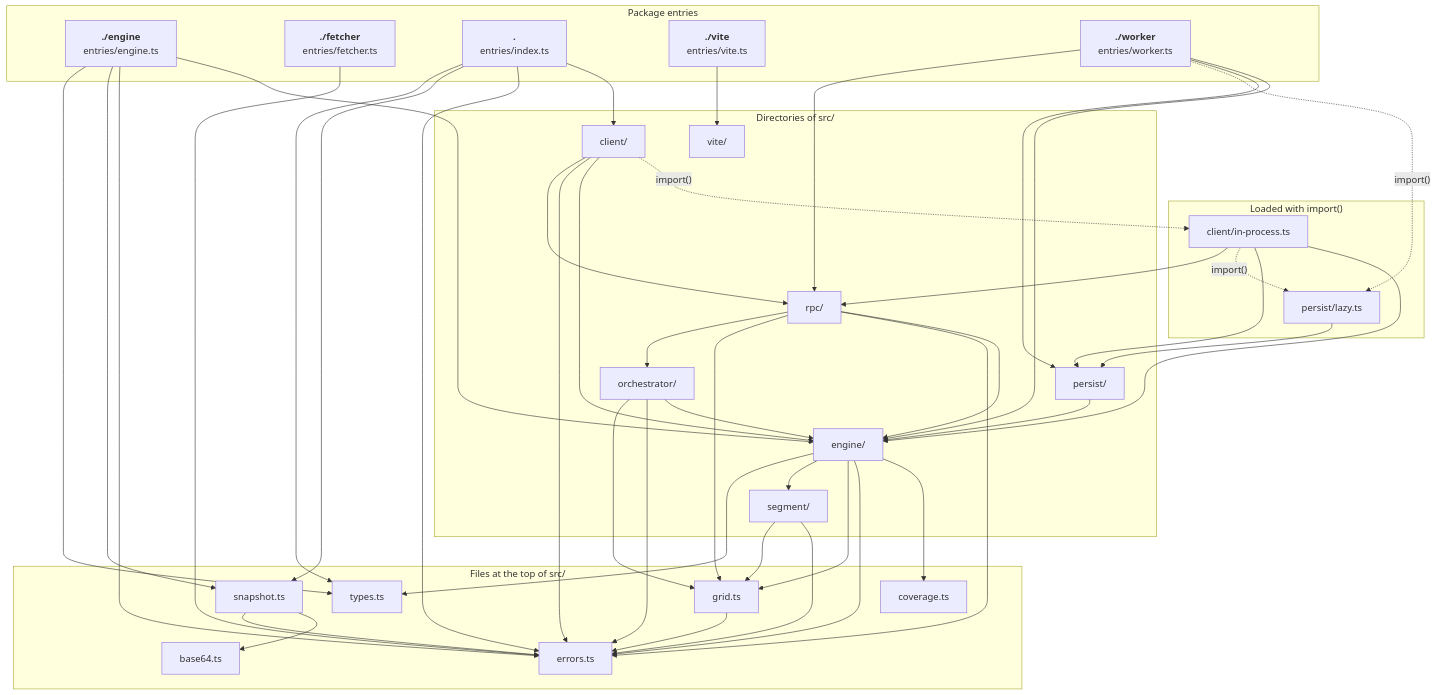
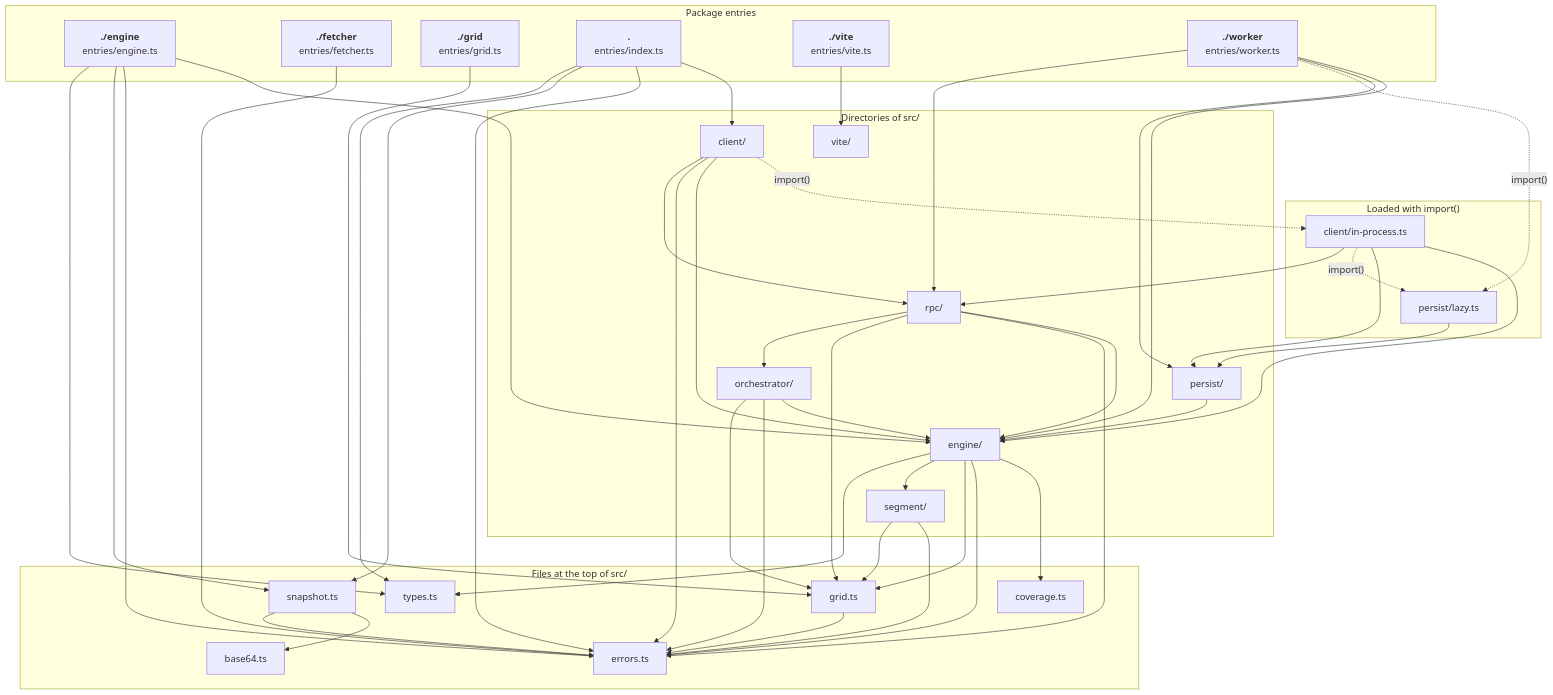
Before and after one commit to anishbenji/tscache: the diagram in site/how-it-works/package-map.md, drawn with Mermaid. The commit also changed other lines of this file and 42 other files, not shown here.

````diff
--- a/site/how-it-works/package-map.md
+++ b/site/how-it-works/package-map.md
@@ -37,72 +37,74 @@
 ```mermaid
 flowchart TB
   subgraph g_entry["Package entries"]
     n_entries_engine_ts["<b>./engine</b><br/>entries/engine.ts"]
     n_entries_fetcher_ts["<b>./fetcher</b><br/>entries/fetcher.ts"]
+    n_entries_grid_ts["<b>./grid</b><br/>entries/grid.ts"]
     n_entries_index_ts["<b>.</b><br/>entries/index.ts"]
     n_entries_vite_ts["<b>./vite</b><br/>entries/vite.ts"]
     n_entries_worker_ts["<b>./worker</b><br/>entries/worker.ts"]
   end
   subgraph g_chunk["Loaded with import()"]
     n_client_in_process_ts["client/in-process.ts"]
     n_persist_lazy_ts["persist/lazy.ts"]
   end
   subgraph g_dir["Directories of src/"]
     n_client_["client/"]
     n_engine_["engine/"]
     n_orchestrator_["orchestrator/"]
     n_persist_["persist/"]
     n_rpc_["rpc/"]
     n_segment_["segment/"]
     n_vite_["vite/"]
   end
   subgraph g_file["Files at the top of src/"]
     n_base64_ts["base64.ts"]
     n_coverage_ts["coverage.ts"]
     n_errors_ts["errors.ts"]
     n_grid_ts["grid.ts"]
     n_snapshot_ts["snapshot.ts"]
     n_types_ts["types.ts"]
   end
   n_client_ -. import() .-> n_client_in_process_ts
   n_client_ --> n_engine_
   n_client_ --> n_errors_ts
   n_client_ --> n_rpc_
   n_client_in_process_ts --> n_engine_
   n_client_in_process_ts --> n_persist_
   n_client_in_process_ts -. import() .-> n_persist_lazy_ts
   n_client_in_process_ts --> n_rpc_
   n_engine_ --> n_coverage_ts
   n_engine_ --> n_errors_ts
   n_engine_ --> n_grid_ts
   n_engine_ --> n_segment_
   n_engine_ --> n_types_ts
   n_entries_engine_ts --> n_engine_
   n_entries_engine_ts --> n_errors_ts
   n_entries_engine_ts --> n_snapshot_ts
   n_entries_engine_ts --> n_types_ts
   n_entries_fetcher_ts --> n_errors_ts
+  n_entries_grid_ts --> n_grid_ts
   n_entries_index_ts --> n_client_
   n_entries_index_ts --> n_errors_ts
   n_entries_index_ts --> n_snapshot_ts
   n_entries_index_ts --> n_types_ts
   n_entries_vite_ts --> n_vite_
   n_entries_worker_ts --> n_engine_
   n_entries_worker_ts --> n_persist_
   n_entries_worker_ts -. import() .-> n_persist_lazy_ts
   n_entries_worker_ts --> n_rpc_
   n_grid_ts --> n_errors_ts
   n_orchestrator_ --> n_engine_
   n_orchestrator_ --> n_errors_ts
   n_orchestrator_ --> n_grid_ts
   n_persist_ --> n_engine_
   n_persist_lazy_ts --> n_persist_
   n_rpc_ --> n_engine_
   n_rpc_ --> n_errors_ts
   n_rpc_ --> n_grid_ts
   n_rpc_ --> n_orchestrator_
   n_segment_ --> n_errors_ts
   n_segment_ --> n_grid_ts
   n_snapshot_ts --> n_base64_ts
   n_snapshot_ts --> n_errors_ts
 ```
````
